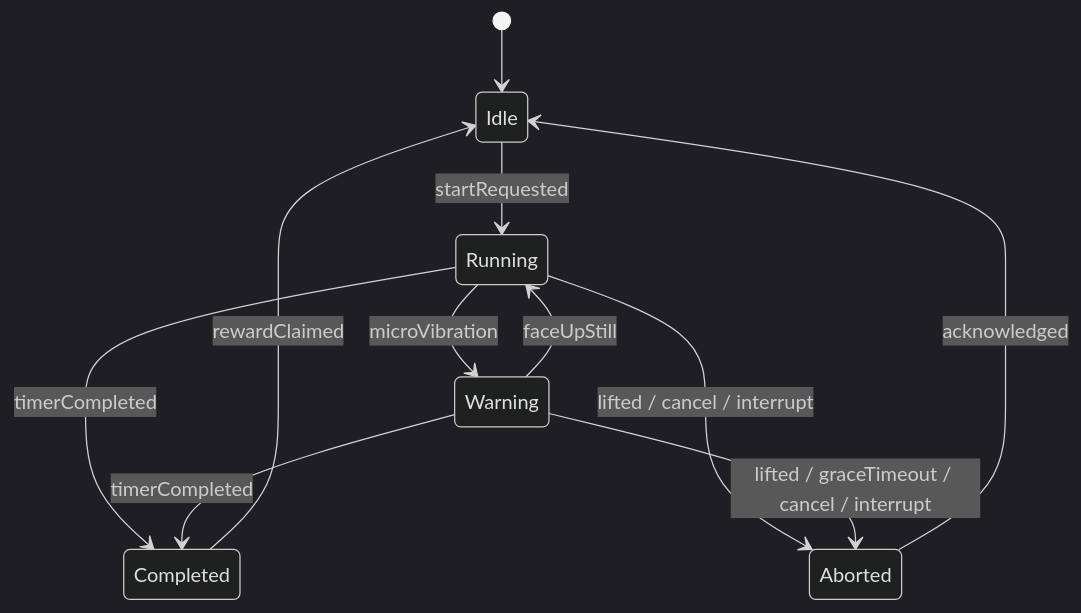
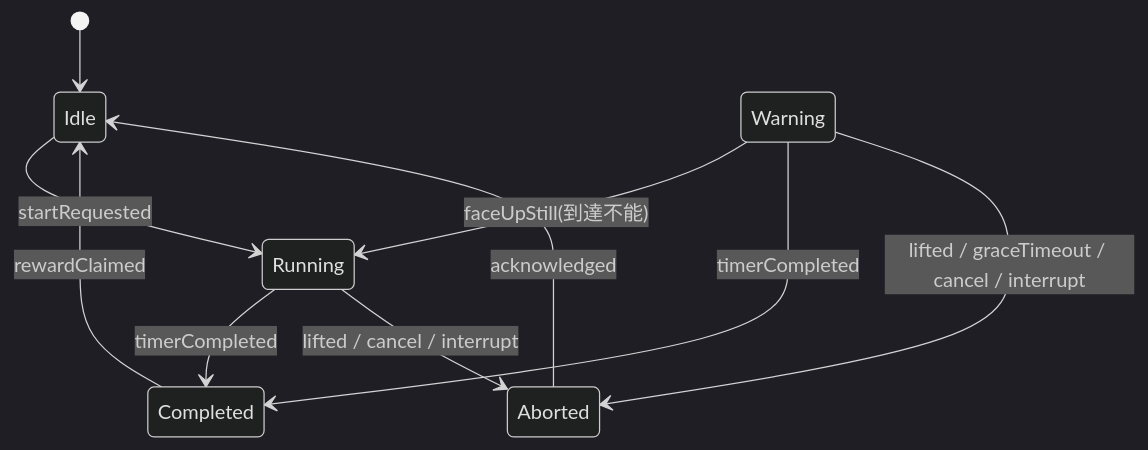
One commit to joeokinaga/focus_orbit changed the first of 3 diagrams in ARCHITECTURE.md. Above: the diagram before and after it, drawn with Mermaid (dark theme). The commit also changed other lines of this file and 13 other files, not shown here.

````diff
--- a/ARCHITECTURE.md
+++ b/ARCHITECTURE.md
@@ -114,13 +114,14 @@
 ```mermaid
 stateDiagram-v2
     [*] --> Idle
     Idle --> Running: startRequested
-    Running --> Warning: microVibration
-    Warning --> Running: faceUpStill
+    %% D26(P4-V2): Running --> Warning(microVibration) は削除。
+    %% Warning ノードは型残置(到達不能)。完全撤去は P4-V2b。
+    Warning --> Running: faceUpStill(到達不能)
     Running --> Completed: timerCompleted
     Warning --> Completed: timerCompleted
     Running --> Aborted: lifted / cancel / interrupt
     Warning --> Aborted: lifted / graceTimeout / cancel / interrupt
     Completed --> Idle: rewardClaimed
     Aborted --> Idle: acknowledged
 ```
````
